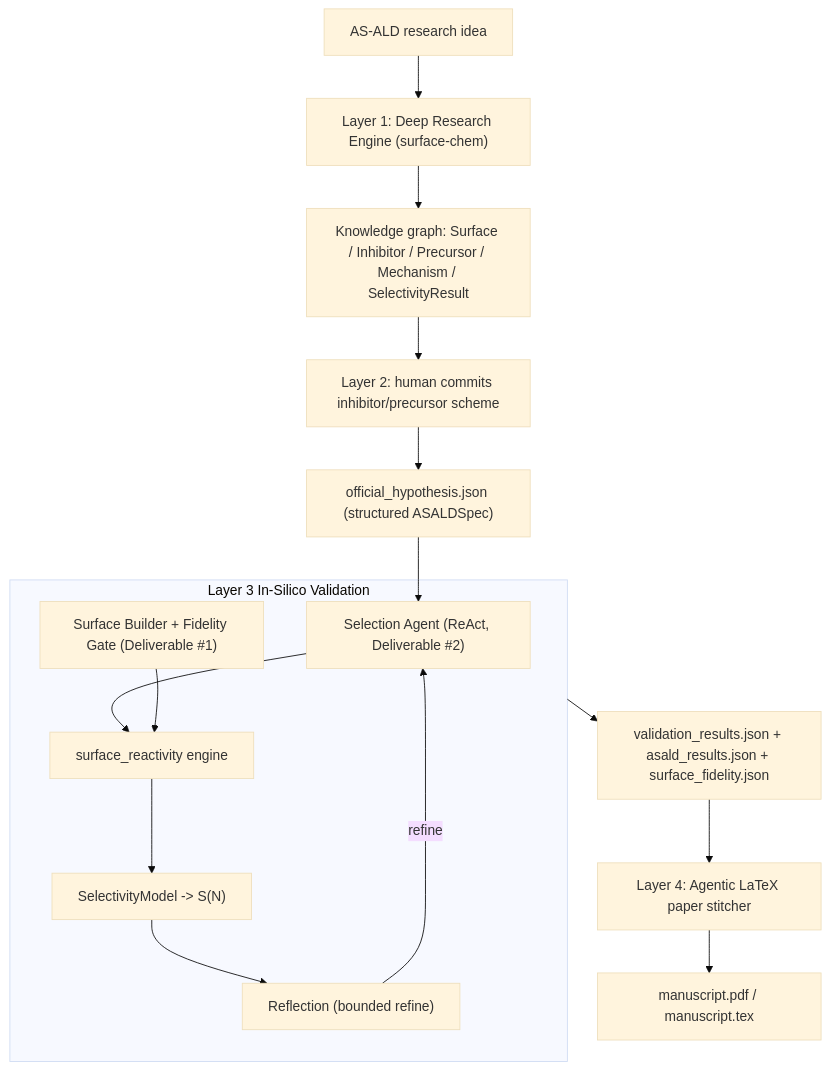
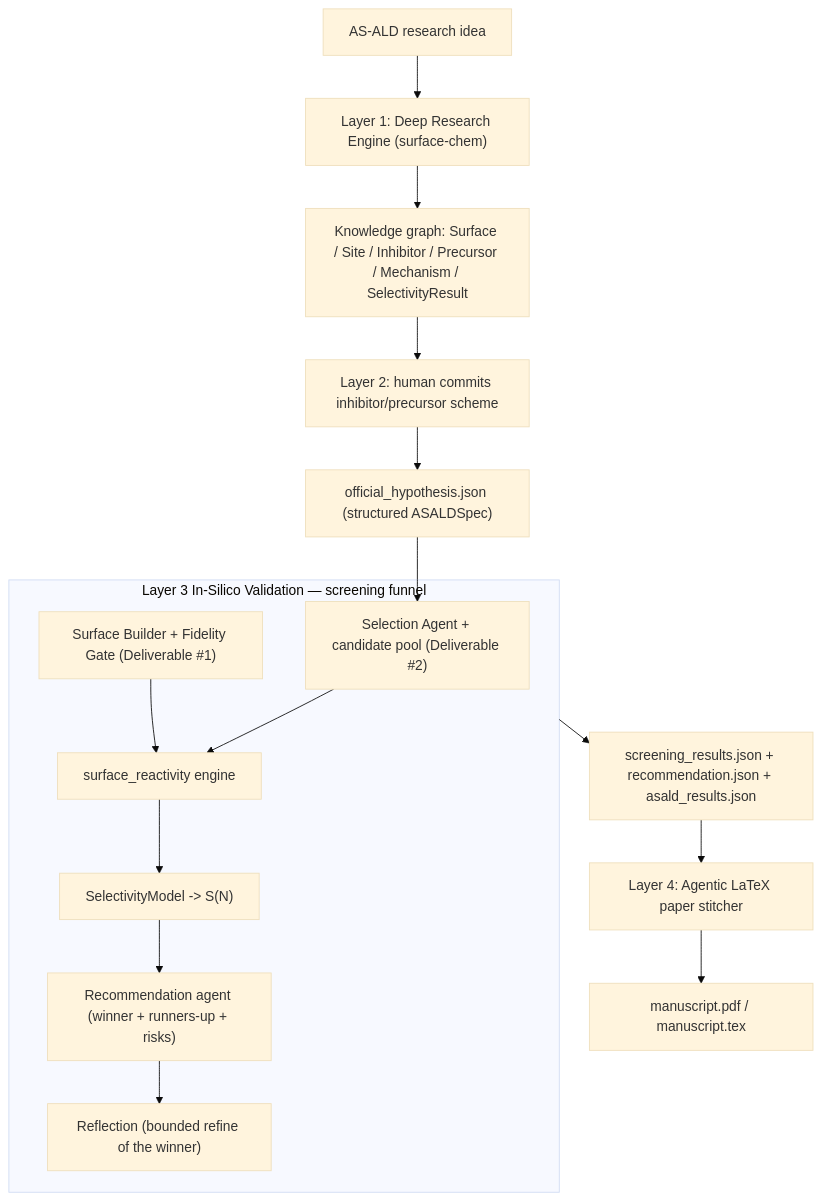
One commit to Vinayaks439/Fidenz-AI-Co-scientist changed the diagram in README.md. Above: the diagram before and after it, drawn with Mermaid (base theme). The commit also changed other lines of this file, not shown here.

````diff
--- a/README.md
+++ b/README.md
@@ -44,18 +71,18 @@
 ```mermaid
 flowchart TD
   idea["AS-ALD research idea"] --> L1["Layer 1: Deep Research Engine (surface-chem)"]
-  L1 --> kg["Knowledge graph: Surface / Inhibitor / Precursor / Mechanism / SelectivityResult"]
+  L1 --> kg["Knowledge graph: Surface / Site / Inhibitor / Precursor / Mechanism / SelectivityResult"]
   kg --> L2["Layer 2: human commits inhibitor/precursor scheme"]
   L2 --> official["official_hypothesis.json (structured ASALDSpec)"]
-  official --> SEL["Selection Agent (ReAct, Deliverable #2)"]
-  SEL --> SR
-  subgraph L3 [Layer 3 In-Silico Validation]
+  official --> SEL["Selection Agent + candidate pool (Deliverable #2)"]
+  subgraph L3 [Layer 3 In-Silico Validation — screening funnel]
     SB["Surface Builder + Fidelity Gate (Deliverable #1)"] --> SR["surface_reactivity engine"]
+    SEL --> SR
     SR --> SM["SelectivityModel -> S(N)"]
-    SM --> reflect["Reflection (bounded refine)"]
-    reflect -->|refine| SEL
+    SM --> REC["Recommendation agent (winner + runners-up + risks)"]
+    REC --> reflect["Reflection (bounded refine of the winner)"]
   end
-  L3 --> results["validation_results.json + asald_results.json + surface_fidelity.json"]
+  L3 --> results["screening_results.json + recommendation.json + asald_results.json"]
   results --> L4["Layer 4: Agentic LaTeX paper stitcher"]
   L4 --> pdf["manuscript.pdf / manuscript.tex"]
 ```
````
